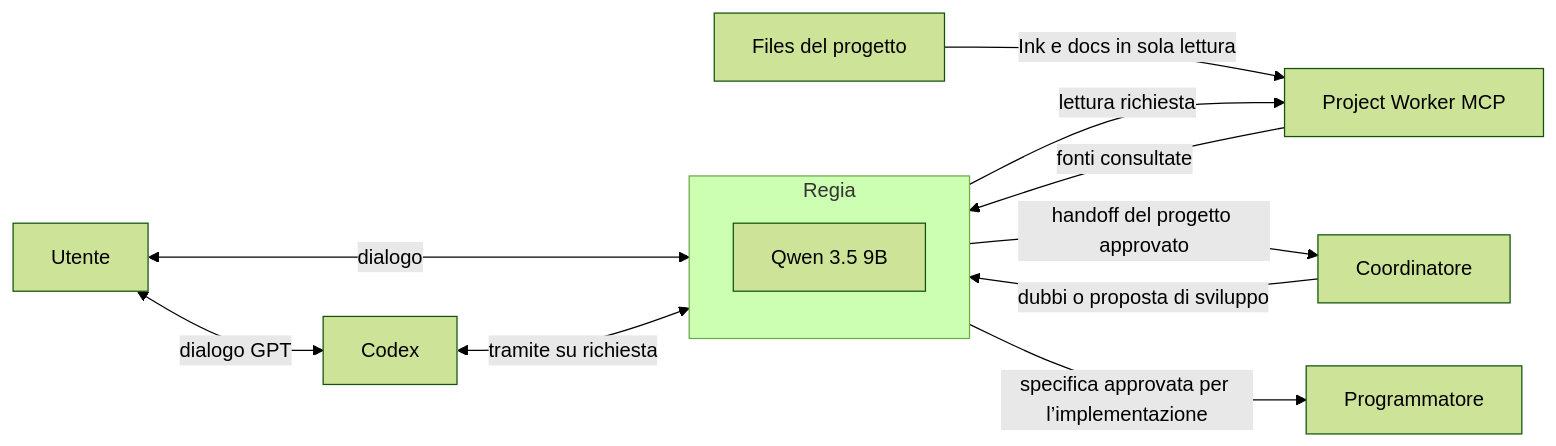
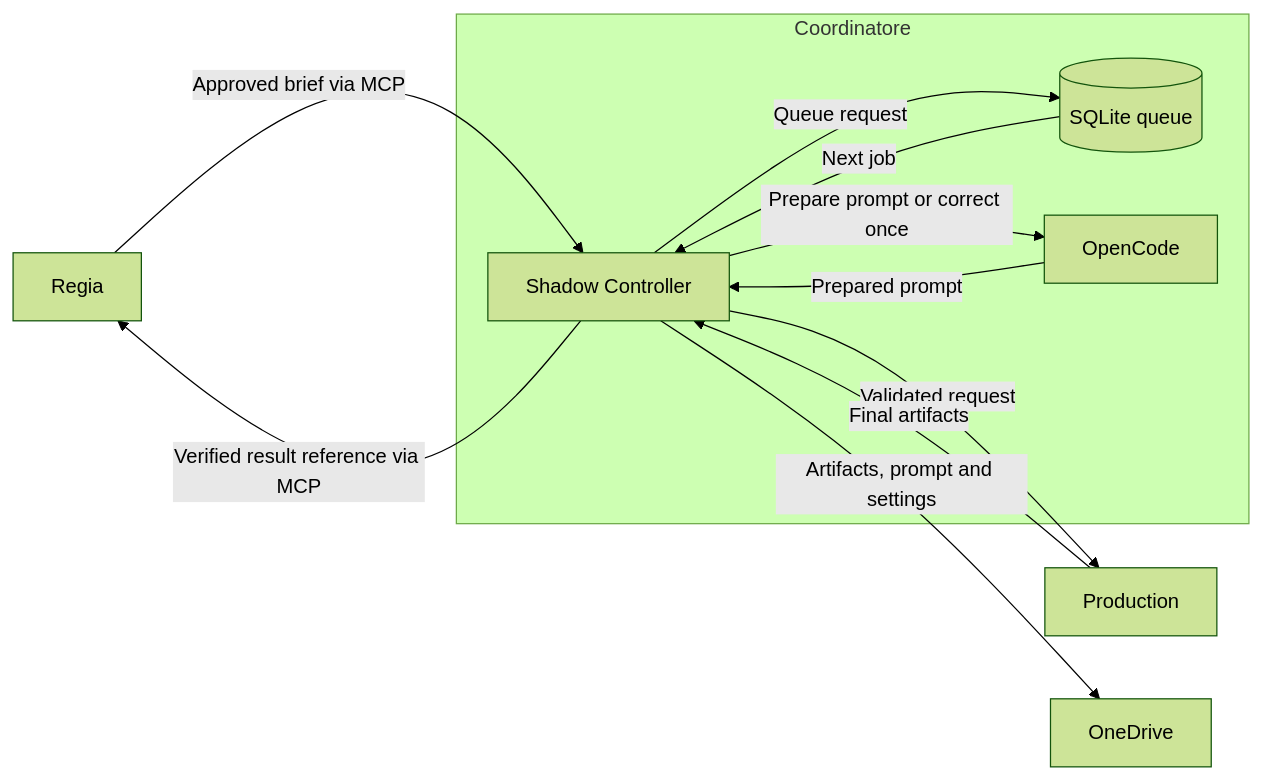
The second of 12 diagrams in README.md (DRincs-Productions/LM-Studio), drawn with Mermaid (forest theme) before and after one commit. The commit also changed other lines of this file, not shown here.

Commit message:
Document Regia and Coordinator architecture

````diff
--- a/README.md
+++ b/README.md
@@ -43,20 +73,17 @@
 ```mermaid
 flowchart LR
-    U[Utente]
-    F[Files del progetto]
-    subgraph REGIA[Regia]
-        Q[Qwen 3.5 9B]
+    R[Regia] -->|Approved brief via MCP| SC
+    subgraph COORD[Coordinatore]
+        SC[Shadow Controller]
+        DB[(SQLite queue)]
+        OC[OpenCode]
+        SC -->|Queue request| DB
+        DB -->|Next job| SC
+        SC -->|Prepare prompt or correct once| OC
+        OC -->|Prepared prompt| SC
     end
-    C[Coordinatore]
-    P[Programmatore]
-    PW[Project Worker MCP]
-    U <-->|dialogo| REGIA
-    U <-->|dialogo GPT| CX[Codex]
-    CX <-->|tramite su richiesta| REGIA
-    REGIA -->|lettura richiesta| PW
-    F -->|Ink e docs in sola lettura| PW
-    PW -->|fonti consultate| REGIA
-    REGIA -->|handoff del progetto approvato| C
-    C -->|dubbi o proposta di sviluppo| REGIA
-    REGIA -->|specifica approvata per l’implementazione| P
+    SC -->|Validated request| PROD[Production]
+    PROD -->|Final artifacts| SC
+    SC -->|Artifacts, prompt and settings| O[OneDrive]
+    SC -->|Verified result reference via MCP| R
 ```
````
